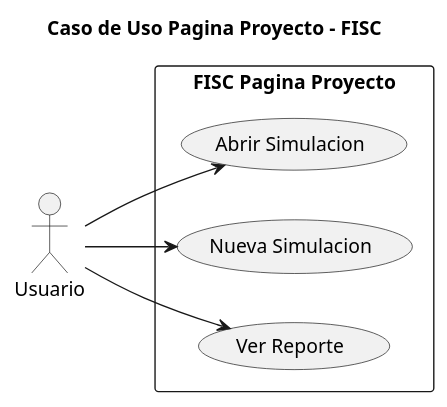
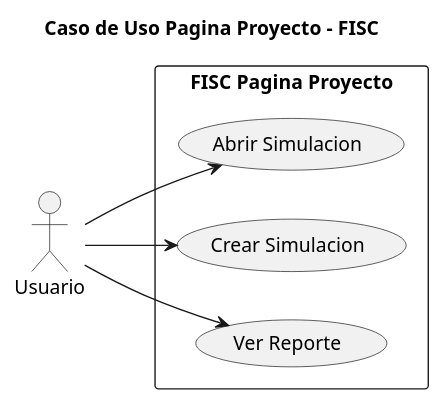
Before and after one commit to mmasias/23-24-IdSw1-SDR: the diagram in casosDeUso/casoUsoPaginaProyecto.puml, drawn with PlantUML. The commit also changed 4 other files, not shown here.

```diff
--- a/casosDeUso/casoUsoPaginaProyecto.puml
+++ b/casosDeUso/casoUsoPaginaProyecto.puml
@@ -1,19 +1,19 @@
 @startuml
 
 title Caso de Uso Pagina Proyecto - FISC
 
 left to right direction
 
 actor Usuario as user
 
 rectangle "FISC Pagina Proyecto" {
     usecase "Abrir Simulacion" as abrirSimulacion
-    usecase "Nueva Simulacion" as nuevaSimulacion
+    usecase "Crear Simulacion" as nuevaSimulacion
     usecase "Ver Reporte" as verReporte
 }
 
 user --> abrirSimulacion : ""
 user --> nuevaSimulacion : ""
 user --> verReporte : ""
 
 @enduml
```
